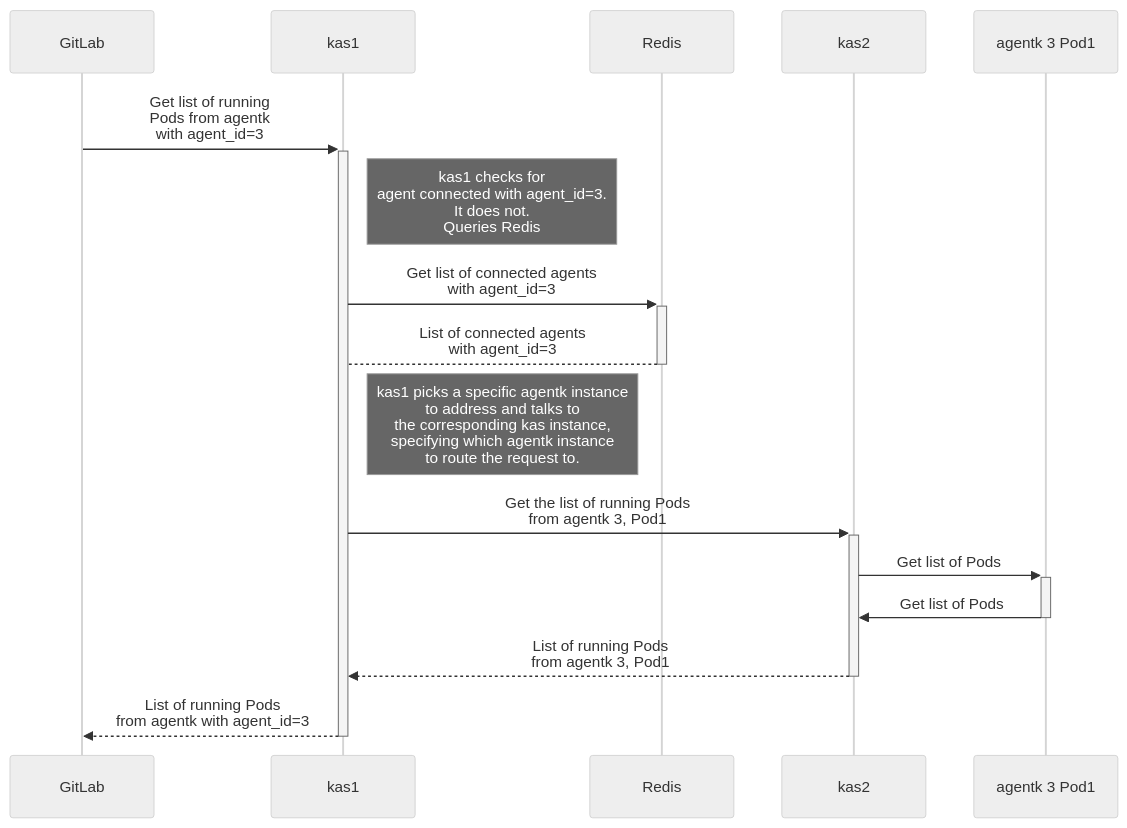
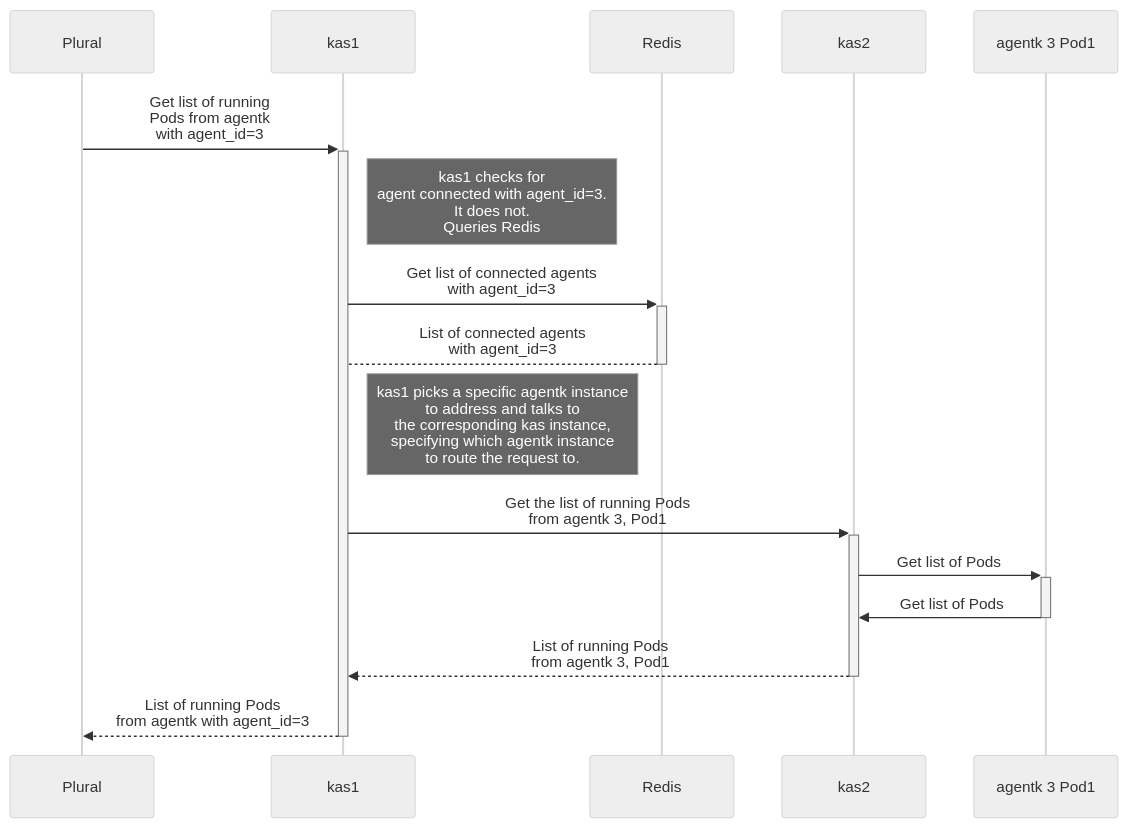
One commit to pluralsh/kubernetes-agent changed the second of 4 diagrams in doc/kas_request_routing.md. Above: the diagram before and after it, drawn with Mermaid (neutral theme). The commit also changed other lines of this file and 31 other files, not shown here.

Commit message:
add audit logging to kas and replace most GitLab occurences with Plural

````diff
--- a/doc/kas_request_routing.md
+++ b/doc/kas_request_routing.md
@@ -62,13 +62,13 @@
 ```mermaid
 sequenceDiagram
-  GitLab->>+kas1: Get list of running<br />Pods from agentk<br />with agent_id=3
+  Plural->>+kas1: Get list of running<br />Pods from agentk<br />with agent_id=3
   Note right of kas1: kas1 checks for<br />agent connected with agent_id=3.<br />It does not.<br />Queries Redis
   kas1->>+Redis: Get list of connected agents<br />with agent_id=3
   Redis-->-kas1: List of connected agents<br />with agent_id=3
   Note right of kas1: kas1 picks a specific agentk instance<br />to address and talks to<br />the corresponding kas instance,<br />specifying which agentk instance<br />to route the request to.
   kas1->>+kas2: Get the list of running Pods<br />from agentk 3, Pod1
   kas2->>+agentk 3 Pod1: Get list of Pods
   agentk 3 Pod1->>-kas2: Get list of Pods
   kas2-->>-kas1: List of running Pods<br />from agentk 3, Pod1
-  kas1-->>-GitLab: List of running Pods<br />from agentk with agent_id=3
+  kas1-->>-Plural: List of running Pods<br />from agentk with agent_id=3
 ```
````
